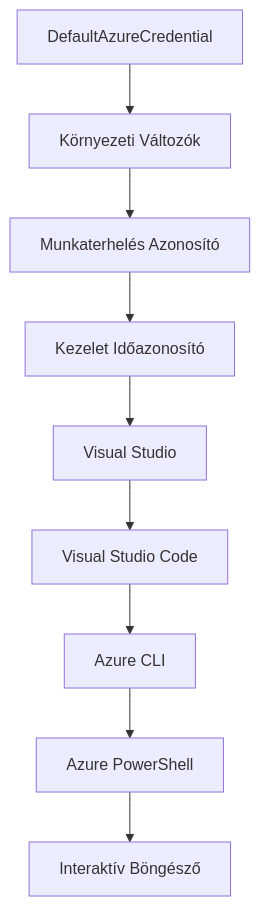
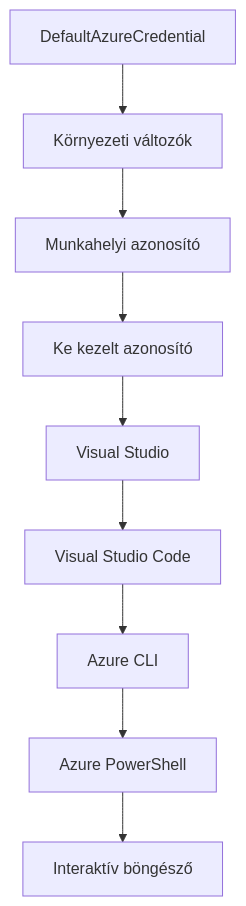
The second of 2 diagrams in translations/hu/docs/chapter-01-foundation/azd-basics.md (microsoft/AZD-for-beginners), drawn with Mermaid before and after one commit. The commit also changed other lines of this file and 1 other file, not shown here.

````diff
--- a/translations/hu/docs/chapter-01-foundation/azd-basics.md
+++ b/translations/hu/docs/chapter-01-foundation/azd-basics.md
@@ -606,11 +606,11 @@
 ```mermaid
 graph TD
-    A[DefaultAzureCredential] --> B[Környezeti Változók]
-    B --> C[Munkaterhelés Azonosító]
-    C --> D[Kezelet Időazonosító]
+    A[DefaultAzureCredential] --> B[Környezeti változók]
+    B --> C[Munkahelyi azonosító]
+    C --> D[Ke kezelt azonosító]
     D --> E[Visual Studio]
     E --> F[Visual Studio Code]
     F --> G[Azure CLI]
     G --> H[Azure PowerShell]
-    H --> I[Interaktív Böngésző]
+    H --> I[Interaktív böngésző]
 ```
````
